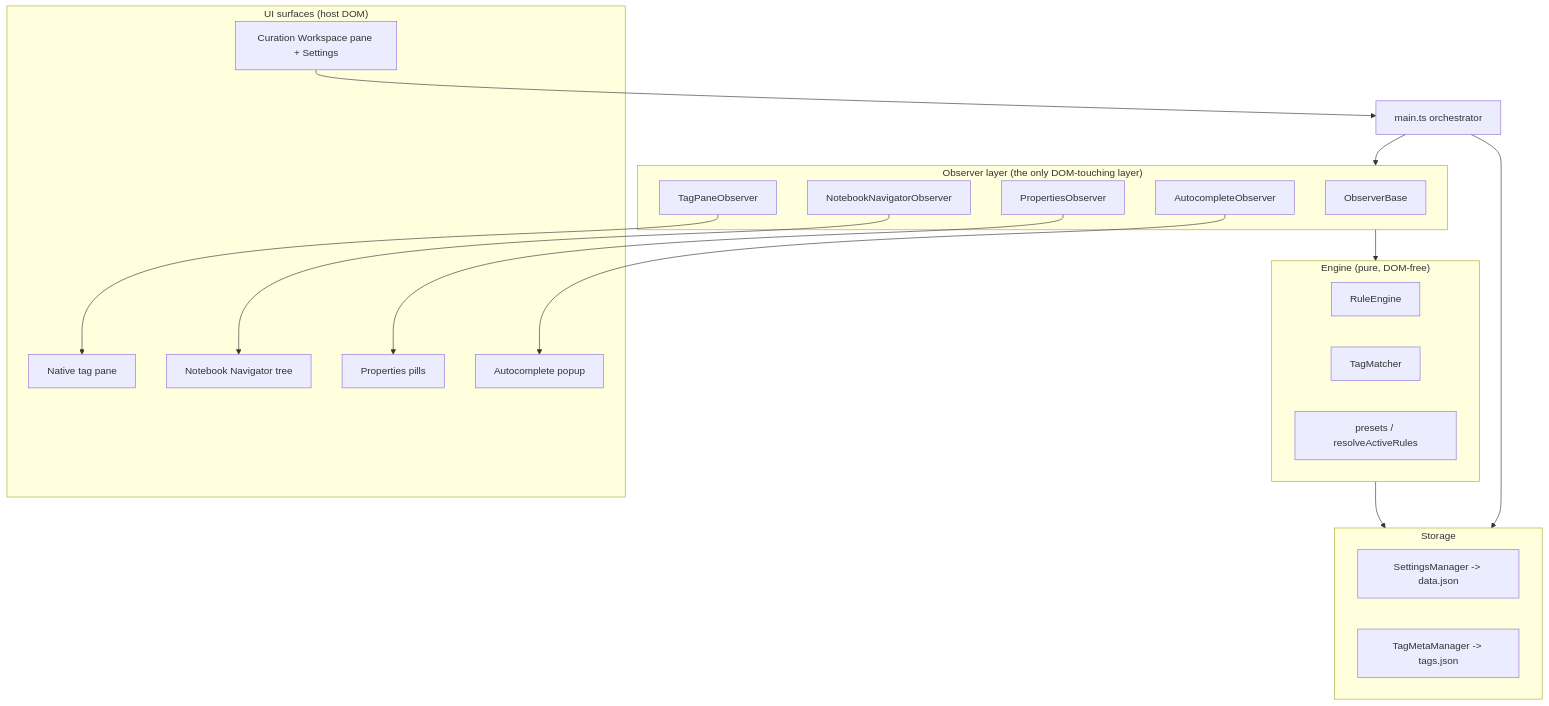
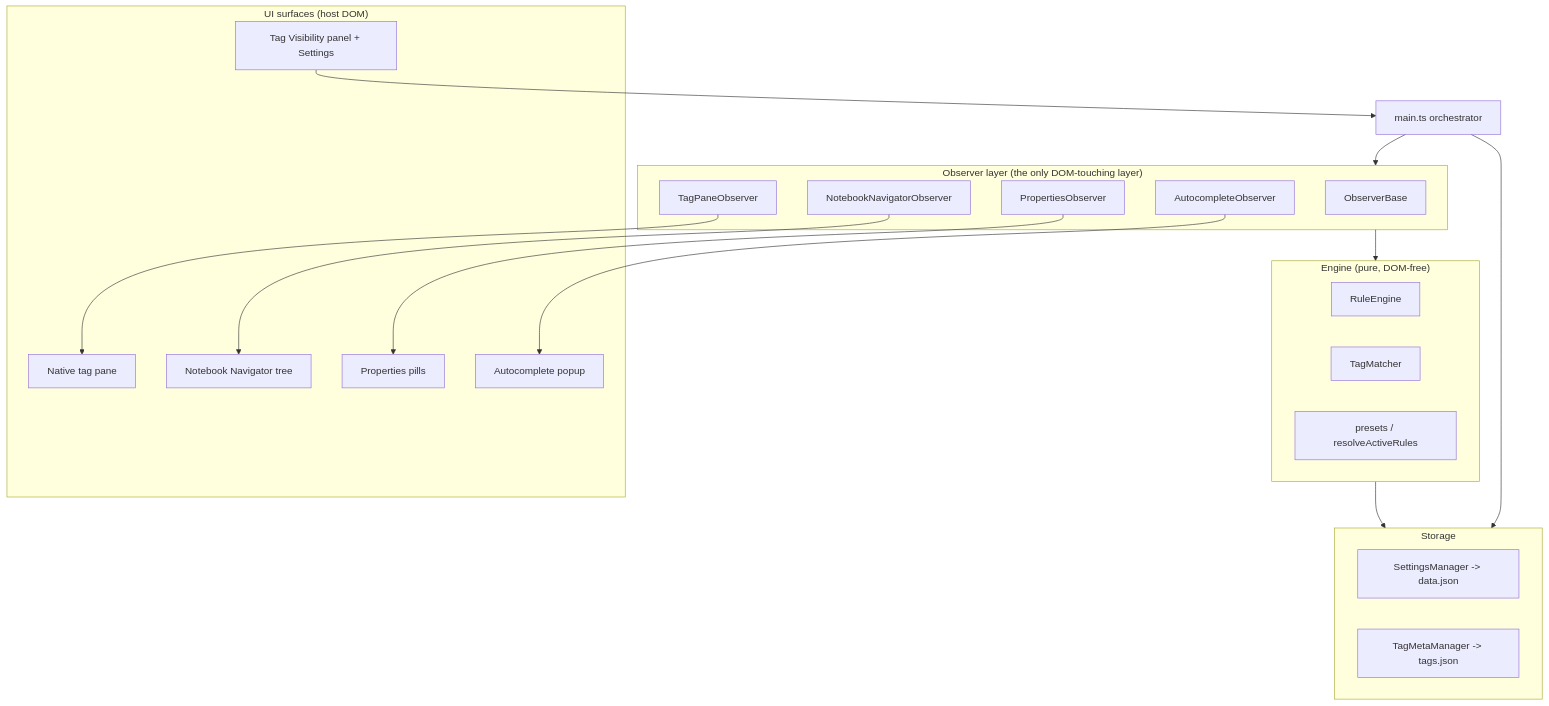
The first of 4 diagrams in docs/ARCHITECTURE.md (prisant-labs/obsidian-tag-curator), drawn with Mermaid before and after one commit. The commit also changed other lines of this file and 15 other files, not shown here.

First line of the commit message:
docs(rename): Tag Curator -> Tag Visibility across docs and templates

````diff
--- a/docs/ARCHITECTURE.md
+++ b/docs/ARCHITECTURE.md
@@ -11,37 +11,37 @@
 ```mermaid
 flowchart TB
     subgraph Surfaces["UI surfaces (host DOM)"]
         TP[Native tag pane]
         NN[Notebook Navigator tree]
         PR[Properties pills]
         AC[Autocomplete popup]
-        WS[Curation Workspace pane + Settings]
+        WS[Tag Visibility panel + Settings]
     end
     subgraph Observers["Observer layer (the only DOM-touching layer)"]
         OB[ObserverBase]
         TPO[TagPaneObserver]
         NNO[NotebookNavigatorObserver]
         PRO[PropertiesObserver]
         ACO[AutocompleteObserver]
     end
     subgraph Engine["Engine (pure, DOM-free)"]
         RE[RuleEngine]
         TM[TagMatcher]
         PS[presets / resolveActiveRules]
     end
     subgraph Storage["Storage"]
         SM[SettingsManager -> data.json]
         TMM[TagMetaManager -> tags.json]
     end
     MAIN[main.ts orchestrator]
 
     MAIN --> Observers
     MAIN --> Storage
     TPO --> TP
     NNO --> NN
     PRO --> PR
     ACO --> AC
     WS --> MAIN
     Observers --> Engine
     Engine --> Storage
 ```
````
